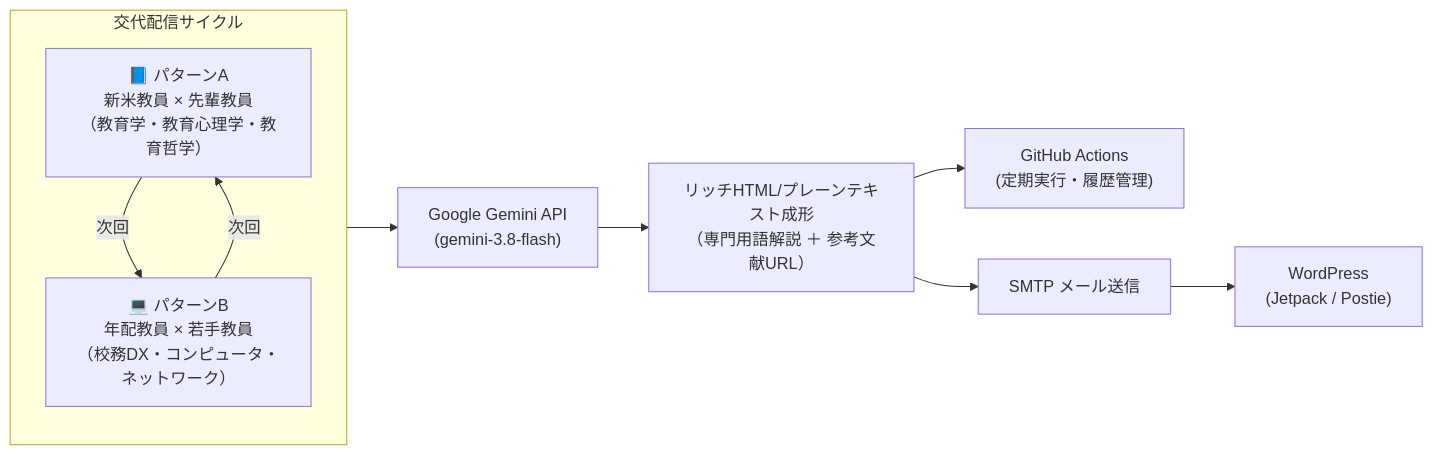
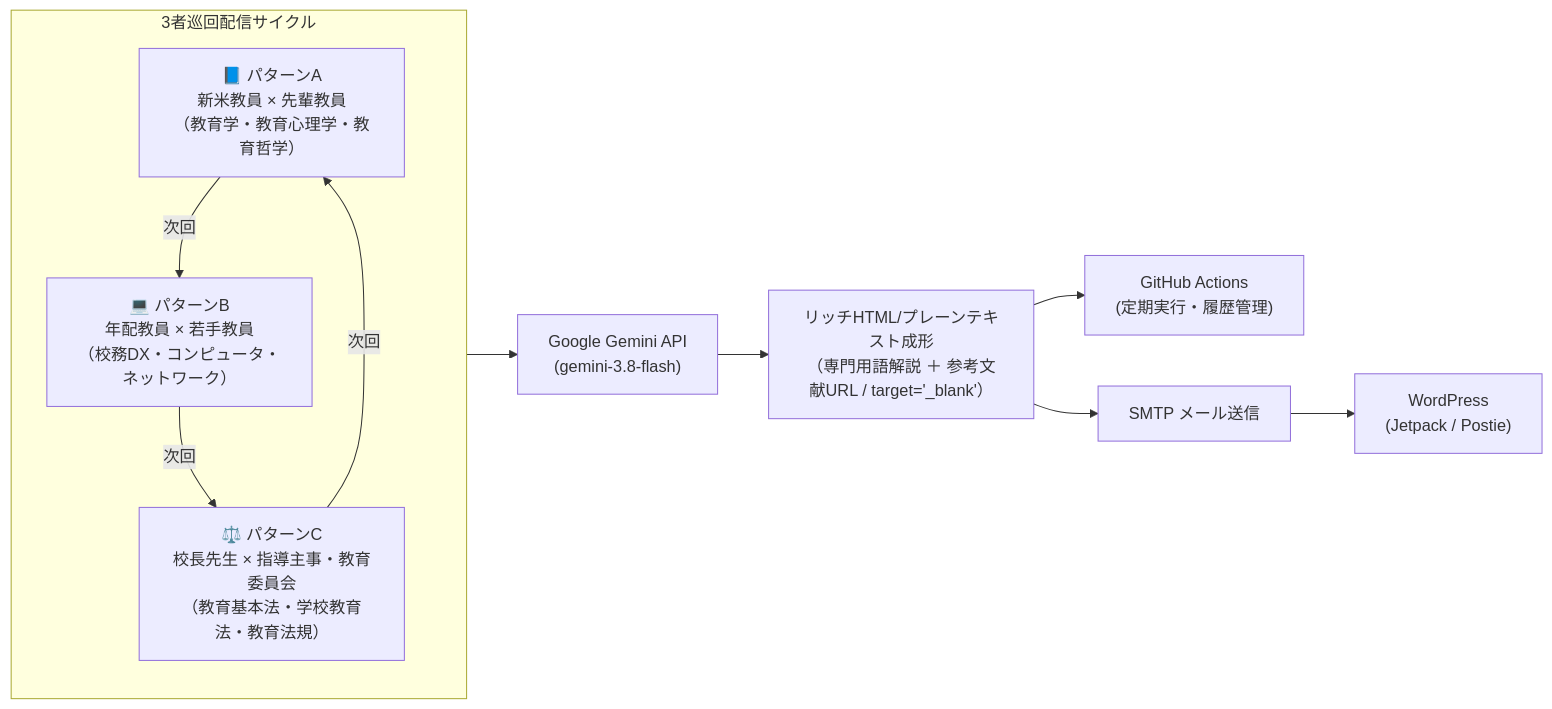
Before and after one commit to k518-2026/solve-school-problems: the diagram in README.md, drawn with Mermaid. The commit also changed other lines of this file and 11 other files, not shown here.

Commit message:
Feat: add Pattern C (Principal x Board of Ed / School Law), 3-cycle alternation (A -> B -> C), and target=_blank for links

````diff
--- a/README.md
+++ b/README.md
@@ -16,20 +16,22 @@
 ```mermaid
 flowchart LR
-    subgraph Alternation [交代配信サイクル]
+    subgraph Alternation [3者巡回配信サイクル]
         direction TB
         A["📘 パターンA\n新米教員 × 先輩教員\n（教育学・教育心理学・教育哲学）"]
         B["💻 パターンB\n年配教員 × 若手教員\n（校務DX・コンピュータ・ネットワーク）"]
+        C["⚖️ パターンC\n校長先生 × 指導主事・教育委員会\n（教育基本法・学校教育法・教育法規）"]
         A -->|次回| B
-        B -->|次回| A
+        B -->|次回| C
+        C -->|次回| A
     end
 
     LLM["Google Gemini API\n(gemini-3.8-flash)"]
     WP["WordPress\n(Jetpack / Postie)"]
     GH["GitHub Actions\n(定期実行・履歴管理)"]
 
     Alternation --> LLM
-    LLM --> Formatter["リッチHTML/プレーンテキスト成形\n（専門用語解説 ＋ 参考文献URL）"]
+    LLM --> Formatter["リッチHTML/プレーンテキスト成形\n（専門用語解説 ＋ 参考文献URL / target='_blank'）"]
     Formatter --> Mail["SMTP メール送信"]
     Mail --> WP
     Formatter --> GH
 ```
````
